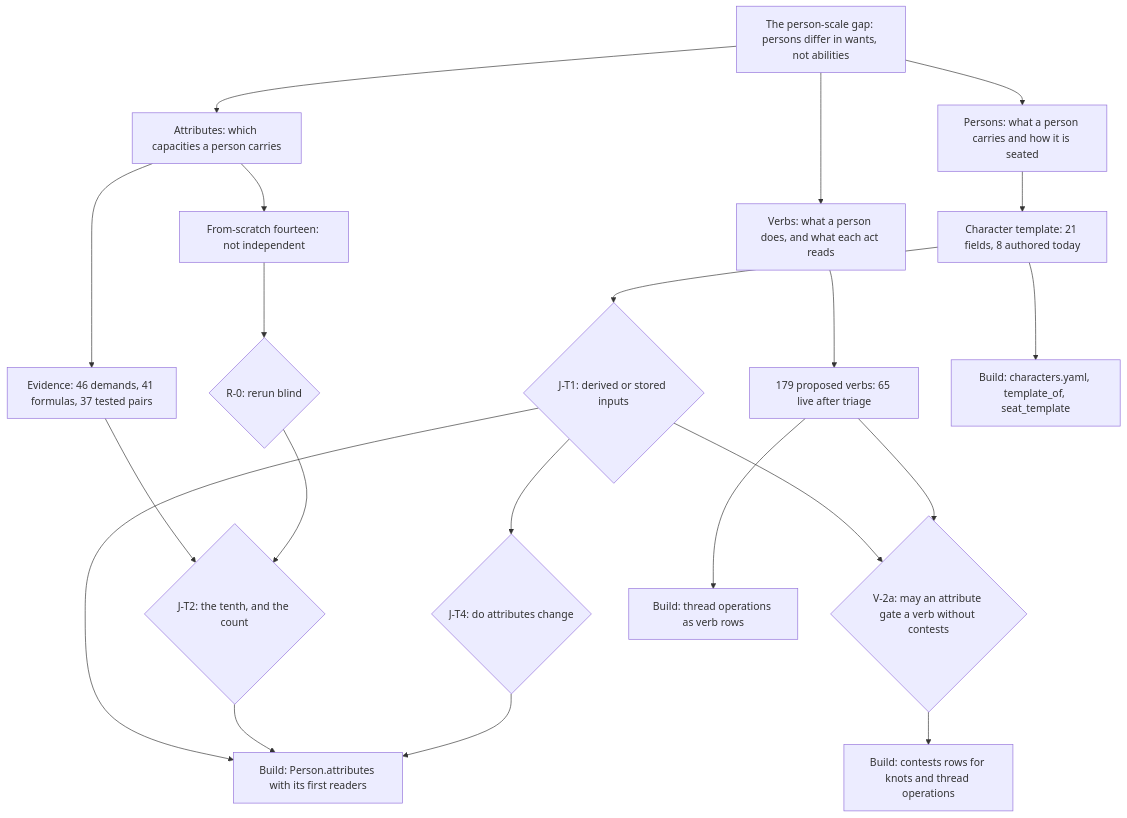
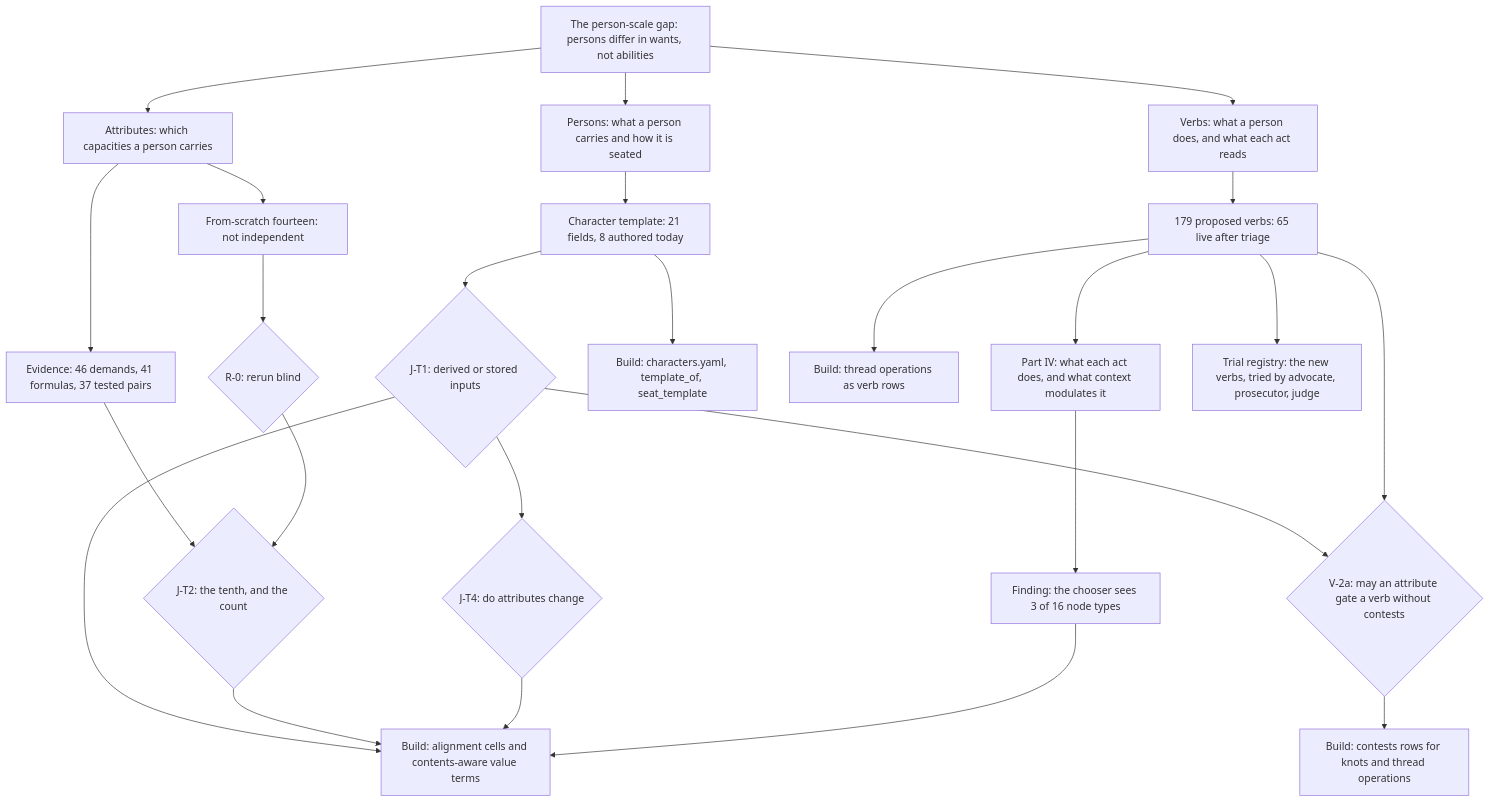
One commit to jordanelias/ttrpg changed the first of 3 diagrams in proposals/2026-10-16-v2-person-troop-attribute-synthesis.md. Above: the diagram before and after it, drawn with Mermaid. The commit also changed other lines of this file and 6 other files, not shown here.

First line of the commit message:
[design] v2 synthesis: persons, attributes, verbs, outcome model, trial registry (PROPOSED)

````diff
--- a/proposals/2026-10-16-v2-person-troop-attribute-synthesis.md
+++ b/proposals/2026-10-16-v2-person-troop-attribute-synthesis.md
@@ -47,24 +51,28 @@
 ```mermaid
 flowchart TD
     GAP["The person-scale gap: persons differ in wants, not abilities"]
     GAP --> P["Persons: what a person carries and how it is seated"]
     GAP --> A["Attributes: which capacities a person carries"]
     GAP --> V["Verbs: what a person does, and what each act reads"]
     P --> T["Character template: 21 fields, 8 authored today"]
     A --> E["Evidence: 46 demands, 41 formulas, 37 tested pairs"]
     A --> FS["From-scratch fourteen: not independent"]
     V --> VT["179 proposed verbs: 65 live after triage"]
     T --> JT1{"J-T1: derived or stored inputs"}
     E --> JT2{"J-T2: the tenth, and the count"}
     FS --> R0{"R-0: rerun blind"}
     R0 --> JT2
     JT1 --> JT4{"J-T4: do attributes change"}
     JT1 --> V2A{"V-2a: may an attribute gate a verb without contests"}
     VT --> V2A
     T --> B1["Build: characters.yaml, template_of, seat_template"]
     JT1 --> B5["Build: Person.attributes with its first readers"]
     JT2 --> B5
     JT4 --> B5
     V2A --> B7["Build: contests rows for knots and thread operations"]
     VT --> B8["Build: thread operations as verb rows"]
+    VT --> CTX["Part IV: what each act does, and what context modulates it"]
+    CTX --> CHS["Finding: the chooser sees 3 of 16 node types"]
+    CHS --> B5["Build: alignment cells and contents-aware value terms"]
+    VT --> TR["Trial registry: the new verbs, tried by advocate, prosecutor, judge"]
 ```
````
